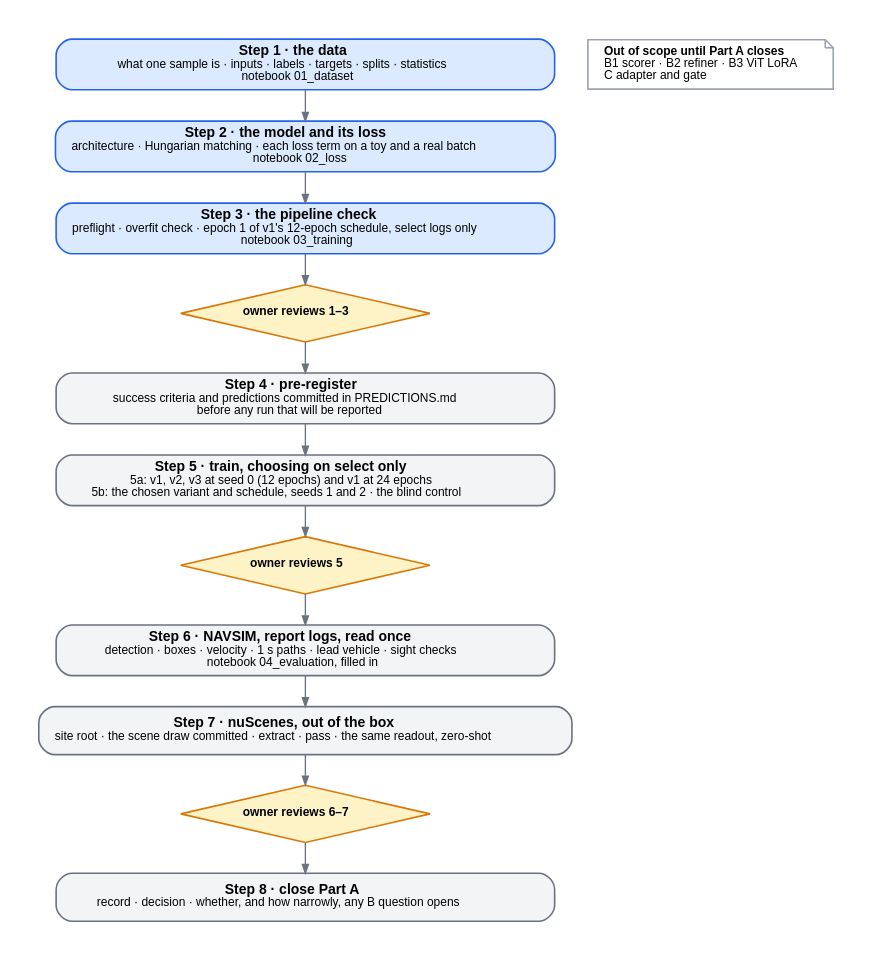
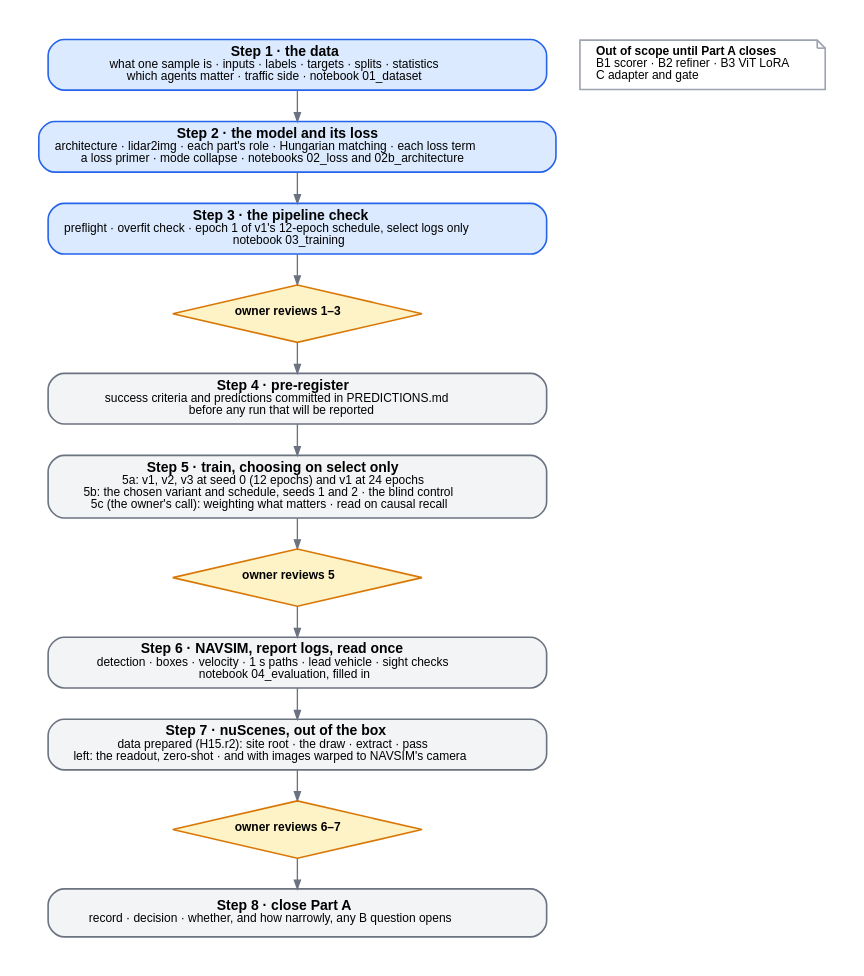
Before and after one commit to FastCodeAI/Gallops: the diagram in experiments/H15_perception_sidecar/figures/part-a-steps.dot, drawn with Graphviz. The commit also changed 22 other files, not shown here.

First line of the commit message:
H15 Part A, second review: which agents matter, lidar2img, the decoder part by part, a loss primer

```diff
--- a/experiments/H15_perception_sidecar/figures/part-a-steps.dot
+++ b/experiments/H15_perception_sidecar/figures/part-a-steps.dot
@@ -1,35 +1,35 @@
 // H15 rerun, Part A: the side-car alone, in eight steps, each closed by a review before the next opens.
 // Blue: done in the planning commit (steps 1-3). Grey: after the owner's review. Amber diamonds: reviews.
 // Render: dot -Tsvg part-a-steps.dot -o part-a-steps.svg && dot -Tpng:cairo -Gdpi=192 part-a-steps.dot -o part-a-steps.png
 // (not rsvg-convert: version 2.50 drops the space after a bold run)
 digraph part_a_steps {
   graph [rankdir=TB, fontname="Helvetica", nodesep=0.35, ranksep=0.32, pad=0.3, bgcolor="white"];
   node  [shape=box, style="rounded,filled", fontname="Helvetica", fontsize=10.5, penwidth=1.2,
          color="#6b7280", fillcolor="#f3f4f6", margin="0.16,0.07", width=5.2];
   edge  [color="#6b7280", arrowsize=0.65, penwidth=1.0, fontname="Helvetica", fontsize=9];
 
-  S1 [label=<<B>Step 1 · the data</B><BR/><FONT POINT-SIZE="9">what one sample is · inputs · labels · targets · splits · statistics<BR/>notebook 01_dataset</FONT>>,
+  S1 [label=<<B>Step 1 · the data</B><BR/><FONT POINT-SIZE="9">what one sample is · inputs · labels · targets · splits · statistics<BR/>which agents matter · traffic side · notebook 01_dataset</FONT>>,
       color="#2563eb", fillcolor="#dbeafe"];
-  S2 [label=<<B>Step 2 · the model and its loss</B><BR/><FONT POINT-SIZE="9">architecture · Hungarian matching · each loss term on a toy and a real batch<BR/>notebook 02_loss</FONT>>,
+  S2 [label=<<B>Step 2 · the model and its loss</B><BR/><FONT POINT-SIZE="9">architecture · lidar2img · each part's role · Hungarian matching · each loss term<BR/>a loss primer · mode collapse · notebooks 02_loss and 02b_architecture</FONT>>,
       color="#2563eb", fillcolor="#dbeafe"];
   S3 [label=<<B>Step 3 · the pipeline check</B><BR/><FONT POINT-SIZE="9">preflight · overfit check · epoch 1 of v1's 12-epoch schedule, select logs only<BR/>notebook 03_training</FONT>>,
       color="#2563eb", fillcolor="#dbeafe"];
   R1 [shape=diamond, style="filled", width=2.6, height=0.6, fixedsize=true, color="#d97706", fillcolor="#fef3c7",
       label=<<FONT POINT-SIZE="9.5"><B>owner reviews 1–3</B></FONT>>];
   S4 [label=<<B>Step 4 · pre-register</B><BR/><FONT POINT-SIZE="9">success criteria and predictions committed in PREDICTIONS.md<BR/>before any run that will be reported</FONT>>];
-  S5 [label=<<B>Step 5 · train, choosing on select only</B><BR/><FONT POINT-SIZE="9">5a: v1, v2, v3 at seed 0 (12 epochs) and v1 at 24 epochs<BR/>5b: the chosen variant and schedule, seeds 1 and 2 · the blind control</FONT>>];
+  S5 [label=<<B>Step 5 · train, choosing on select only</B><BR/><FONT POINT-SIZE="9">5a: v1, v2, v3 at seed 0 (12 epochs) and v1 at 24 epochs<BR/>5b: the chosen variant and schedule, seeds 1 and 2 · the blind control<BR/>5c (the owner's call): weighting what matters · read on causal recall</FONT>>];
   R2 [shape=diamond, style="filled", width=2.6, height=0.6, fixedsize=true, color="#d97706", fillcolor="#fef3c7",
       label=<<FONT POINT-SIZE="9.5"><B>owner reviews 5</B></FONT>>];
   S6 [label=<<B>Step 6 · NAVSIM, report logs, read once</B><BR/><FONT POINT-SIZE="9">detection · boxes · velocity · 1 s paths · lead vehicle · sight checks<BR/>notebook 04_evaluation, filled in</FONT>>];
-  S7 [label=<<B>Step 7 · nuScenes, out of the box</B><BR/><FONT POINT-SIZE="9">site root · the scene draw committed · extract · pass · the same readout, zero-shot</FONT>>];
+  S7 [label=<<B>Step 7 · nuScenes, out of the box</B><BR/><FONT POINT-SIZE="9">data prepared (H15.r2): site root · the draw · extract · pass<BR/>left: the readout, zero-shot · and with images warped to NAVSIM's camera</FONT>>];
   R3 [shape=diamond, style="filled", width=2.6, height=0.6, fixedsize=true, color="#d97706", fillcolor="#fef3c7",
       label=<<FONT POINT-SIZE="9.5"><B>owner reviews 6–7</B></FONT>>];
   S8 [label=<<B>Step 8 · close Part A</B><BR/><FONT POINT-SIZE="9">record · decision · whether, and how narrowly, any B question opens</FONT>>];
 
   S1 -> S2 -> S3 -> R1 -> S4 -> S5 -> R2 -> S6 -> S7 -> R3 -> S8;
 
   NOTE [shape=note, style="filled", fillcolor="white", color="#9ca3af", fontsize=9, width=2.4,
         label=<<B>Out of scope until Part A closes</B><BR ALIGN="LEFT"/>B1 scorer · B2 refiner · B3 ViT LoRA<BR ALIGN="LEFT"/>C adapter and gate<BR ALIGN="LEFT"/>>];
   edge [style=invis]; S1 -> NOTE;
   {rank=same; S1; NOTE;}
 }
```
